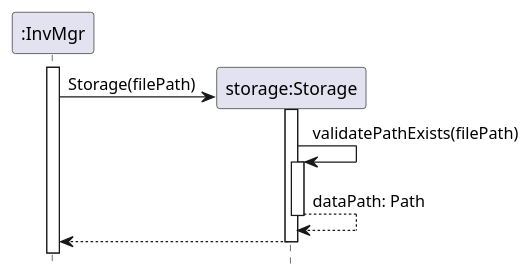
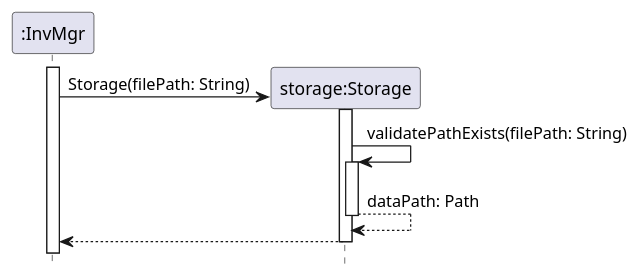
One commit to nus-cs2113-AY2122S2/tp changed the diagram in docs/diagrams/StorageInitialisationSequenceDiagram.puml. Above: the diagram before and after it, drawn with PlantUML. The commit also changed 6 other files, not shown here.

Commit message:
Add UML Sequence diagrams to reflect changes Changes/additions: EditCommand, SearchCommand, Storage Load/Save

```diff
--- a/docs/diagrams/StorageInitialisationSequenceDiagram.puml
+++ b/docs/diagrams/StorageInitialisationSequenceDiagram.puml
@@ -1,18 +1,18 @@
 @startuml
 
 hide footbox
 skinparam SequenceReferenceBackgroundColor pink
 
 participant ":InvMgr" as InvMgr
 participant "storage:Storage" as Storage
 
 activate InvMgr
     create Storage
-    InvMgr -> Storage : Storage(filePath)
+    InvMgr -> Storage : Storage(filePath: String)
     activate Storage
-        Storage -> Storage : validatePathExists(filePath)
+        Storage -> Storage : validatePathExists(filePath: String)
         activate Storage
         return dataPath: Path
     return
 
 @enduml
```
